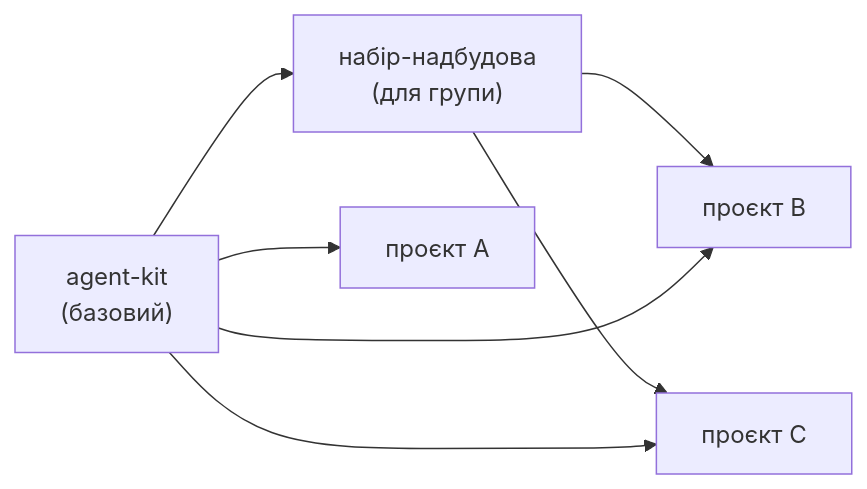
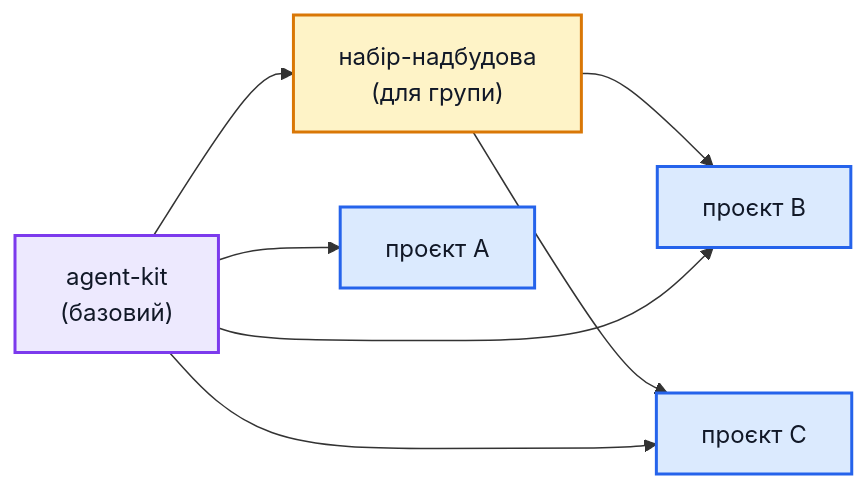
One commit to 3meyc/agent-kit changed the first of 4 diagrams in docs/architecture.uk.md. Above: the diagram before and after it, drawn with Mermaid. The commit also changed other lines of this file and 16 other files, not shown here.

First line of the commit message:
docs: colour every diagram, start the evolution pages, retire the design banner

````diff
--- a/docs/architecture.uk.md
+++ b/docs/architecture.uk.md
@@ -7,9 +7,16 @@
 ```mermaid
 flowchart LR
   K["agent-kit<br/>(базовий)"] --> O["набір-надбудова<br/>(для групи)"]
   K --> P1["проєкт A"]
   O --> P2["проєкт B"]
   O --> P3["проєкт C"]
   K --> P2
   K --> P3
+
+  classDef kit fill:#ede9fe,stroke:#7c3aed,stroke-width:2px,color:#111827
+  classDef over fill:#fef3c7,stroke:#d97706,stroke-width:2px,color:#111827
+  classDef proj fill:#dbeafe,stroke:#2563eb,stroke-width:2px,color:#111827
+  class K kit
+  class O over
+  class P1,P2,P3 proj
 ```
````
